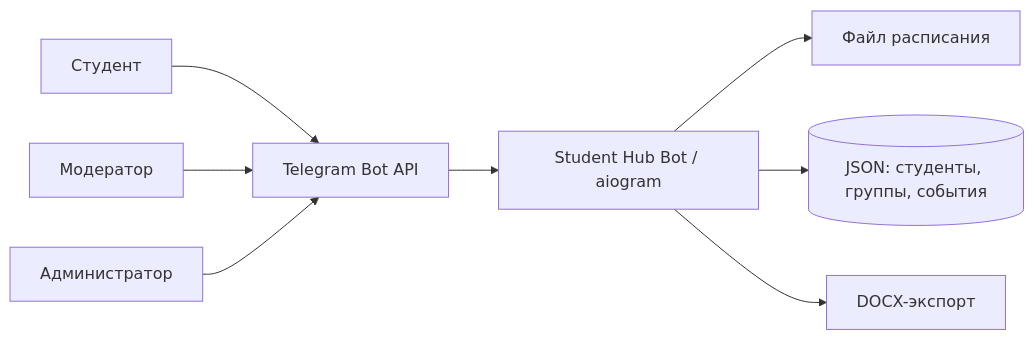
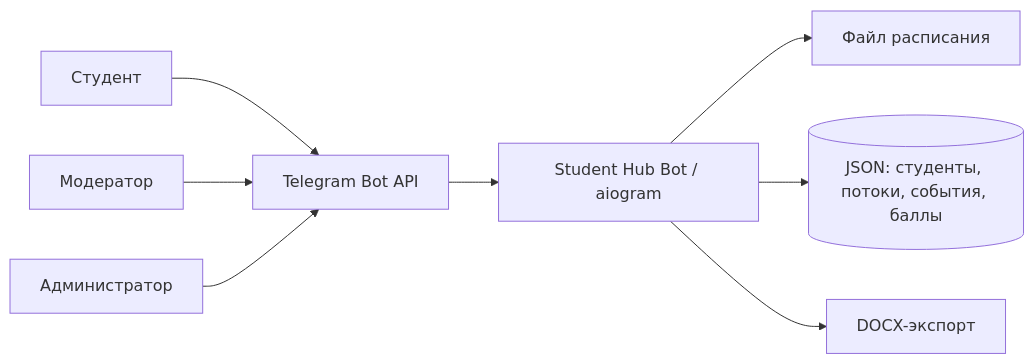
One commit to jarv1sdotcom/university-student-bot changed the diagram in README.md. Above: the diagram before and after it, drawn with Mermaid. The commit also changed other lines of this file and 6 other files, not shown here.

````diff
--- a/README.md
+++ b/README.md
@@ -33,10 +36,10 @@
 ```mermaid
 flowchart LR
     Student[Студент] --> Telegram[Telegram Bot API]
     Moderator[Модератор] --> Telegram
     Admin[Администратор] --> Telegram
     Telegram --> Bot[Student Hub Bot / aiogram]
     Bot --> Schedule[Файл расписания]
-    Bot --> Data[(JSON: студенты, группы, события)]
+    Bot --> Data[(JSON: студенты, потоки, события, баллы)]
     Bot --> Export[DOCX-экспорт]
 ```
````
